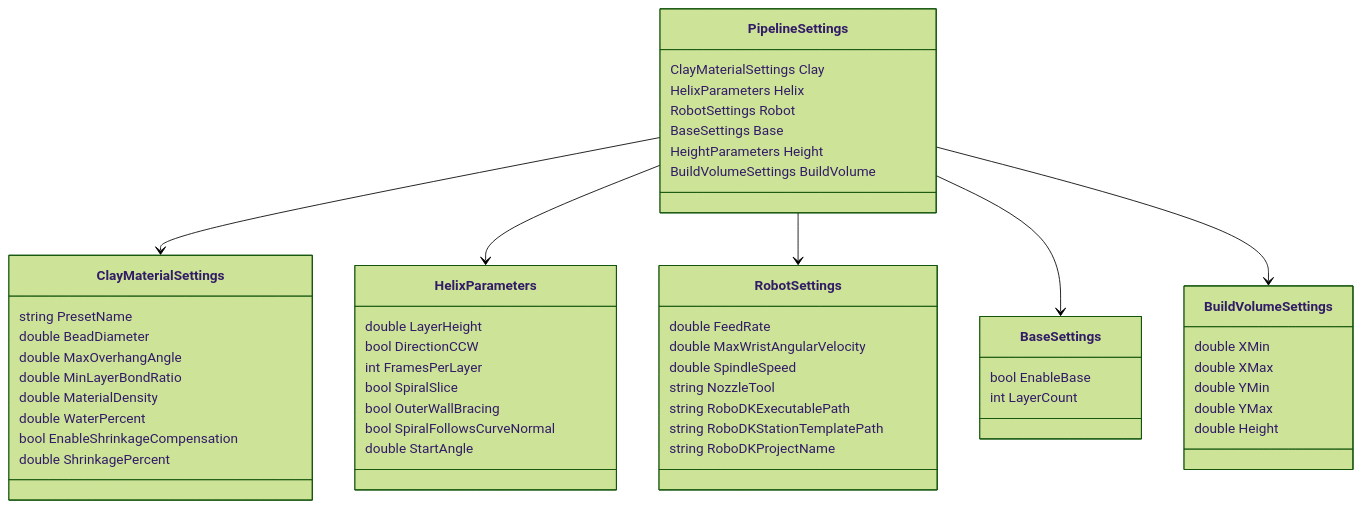
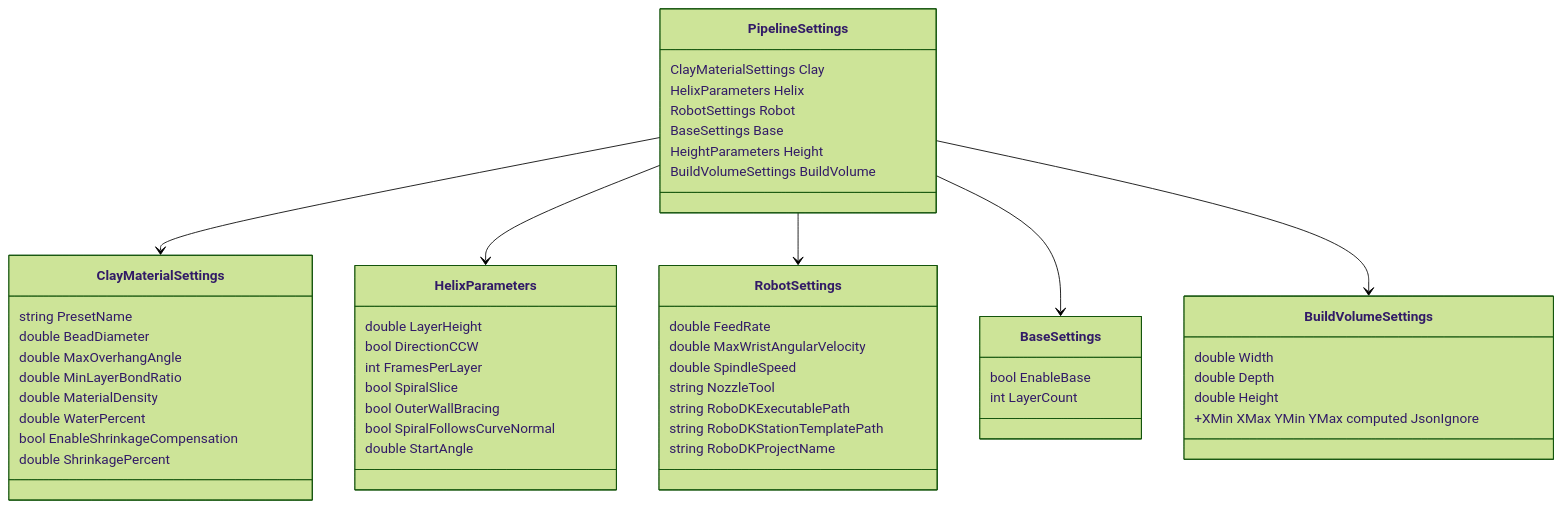
Before and after one commit to CyberCraftLab/CCL_Clay3DP: the seventh of 7 diagrams in ARCHITECTURE.md, drawn with Mermaid (forest theme). The commit also changed other lines of this file and 3 other files, not shown here.

````diff
--- a/ARCHITECTURE.md
+++ b/ARCHITECTURE.md
@@ -227,55 +245,54 @@
 ```mermaid
 classDiagram
     class PipelineSettings {
         ClayMaterialSettings Clay
         HelixParameters Helix
         RobotSettings Robot
         BaseSettings Base
         HeightParameters Height
         BuildVolumeSettings BuildVolume
     }
     class ClayMaterialSettings {
         string PresetName
         double BeadDiameter
         double MaxOverhangAngle
         double MinLayerBondRatio
         double MaterialDensity
         double WaterPercent
         bool EnableShrinkageCompensation
         double ShrinkagePercent
     }
     class HelixParameters {
         double LayerHeight
         bool DirectionCCW
         int FramesPerLayer
         bool SpiralSlice
         bool OuterWallBracing
         bool SpiralFollowsCurveNormal
         double StartAngle
     }
     class RobotSettings {
         double FeedRate
         double MaxWristAngularVelocity
         double SpindleSpeed
         string NozzleTool
         string RoboDKExecutablePath
         string RoboDKStationTemplatePath
         string RoboDKProjectName
     }
     class BaseSettings {
         bool EnableBase
         int LayerCount
     }
     class BuildVolumeSettings {
-        double XMin
-        double XMax
-        double YMin
-        double YMax
+        double Width
+        double Depth
         double Height
+        +XMin XMax YMin YMax computed JsonIgnore
     }
     PipelineSettings --> ClayMaterialSettings
     PipelineSettings --> HelixParameters
     PipelineSettings --> RobotSettings
     PipelineSettings --> BaseSettings
     PipelineSettings --> BuildVolumeSettings
 ```
````
